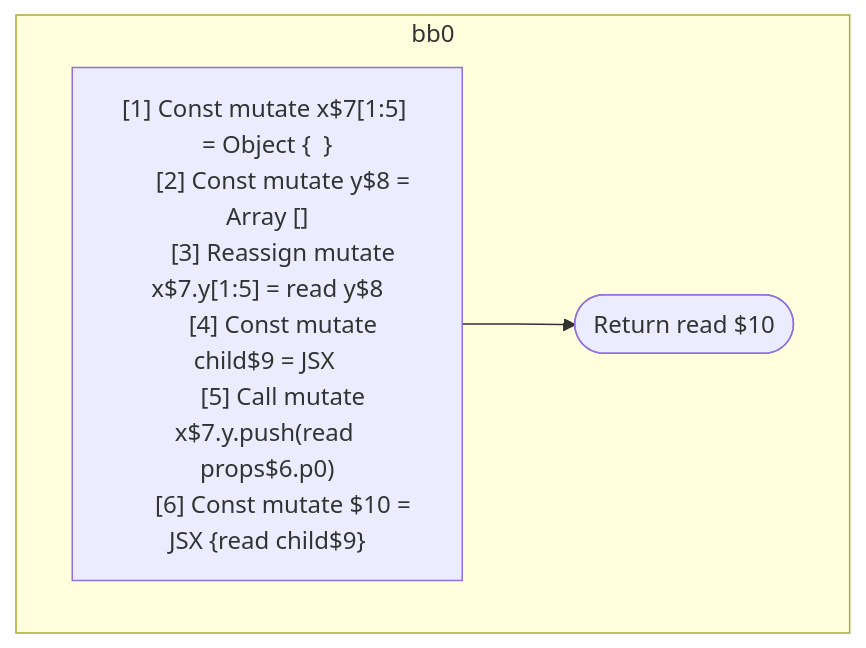
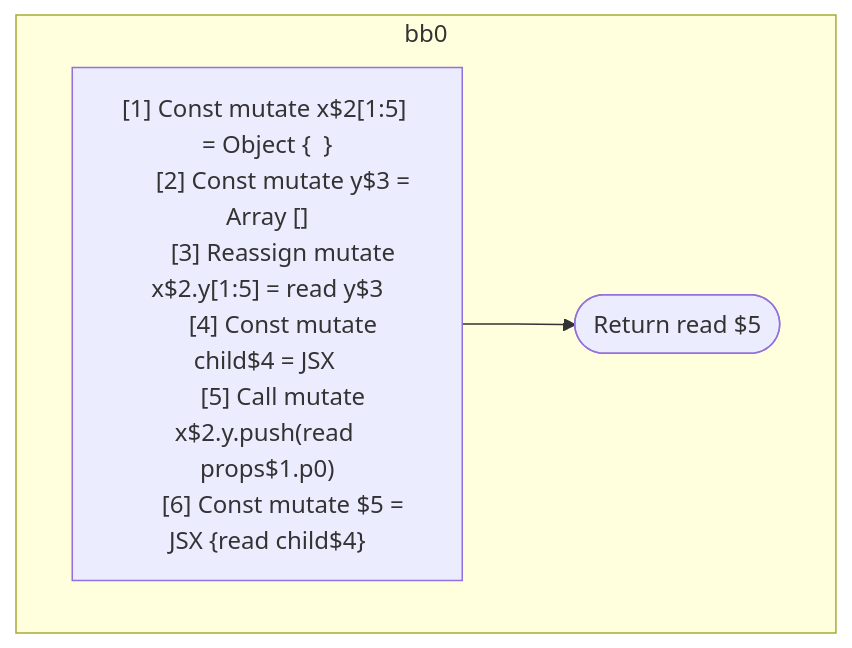
One commit to wutsmog/private changed the diagram in compiler/forget/src/__tests__/fixtures/hir/property-assignment.expect.md. Above: the diagram before and after it, drawn with Mermaid. The commit also changed other lines of this file and 57 other files, not shown here.

````diff
--- a/compiler/forget/src/__tests__/fixtures/hir/property-assignment.expect.md
+++ b/compiler/forget/src/__tests__/fixtures/hir/property-assignment.expect.md
@@ -31,18 +31,18 @@
 ```mermaid
 flowchart TB
   %% Basic Blocks
   subgraph bb0
     bb0_instrs["
-      [1] Const mutate x$7[1:5] = Object {  }
-      [2] Const mutate y$8 = Array []
-      [3] Reassign mutate x$7.y[1:5] = read y$8
-      [4] Const mutate child$9 = JSX <read Component$0 data={freeze y$8} ></read Component$0>
-      [5] Call mutate x$7.y.push(read props$6.p0)
-      [6] Const mutate $10 = JSX <read Component$0 data={freeze x$7} >{read child$9}</read Component$0>
+      [1] Const mutate x$2[1:5] = Object {  }
+      [2] Const mutate y$3 = Array []
+      [3] Reassign mutate x$2.y[1:5] = read y$3
+      [4] Const mutate child$4 = JSX <read Component$0 data={freeze y$3} ></read Component$0>
+      [5] Call mutate x$2.y.push(read props$1.p0)
+      [6] Const mutate $5 = JSX <read Component$0 data={freeze x$2} >{read child$4}</read Component$0>
     "]
-    bb0_instrs --> bb0_terminal(["Return read $10"])
+    bb0_instrs --> bb0_terminal(["Return read $5"])
   end
 
   %% Jumps
   %% empty
 ```
````
